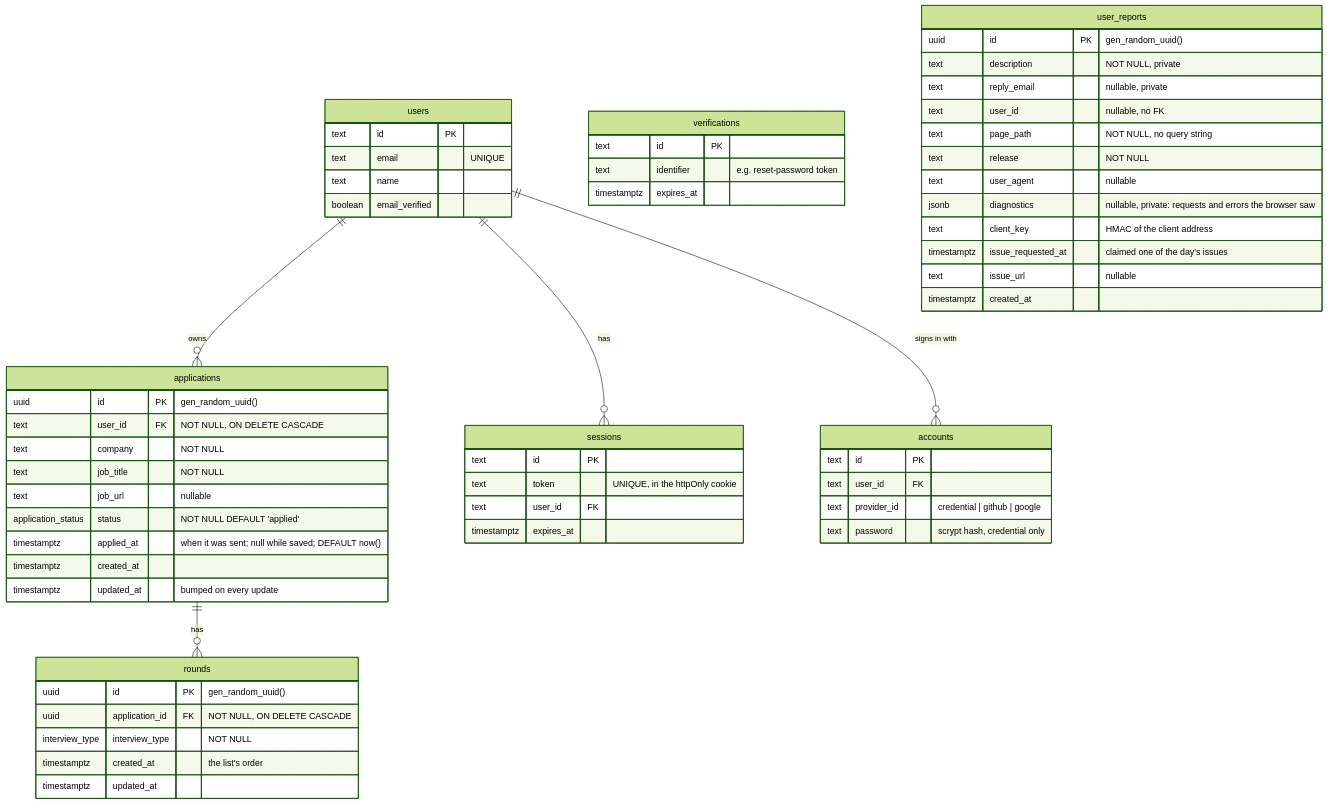
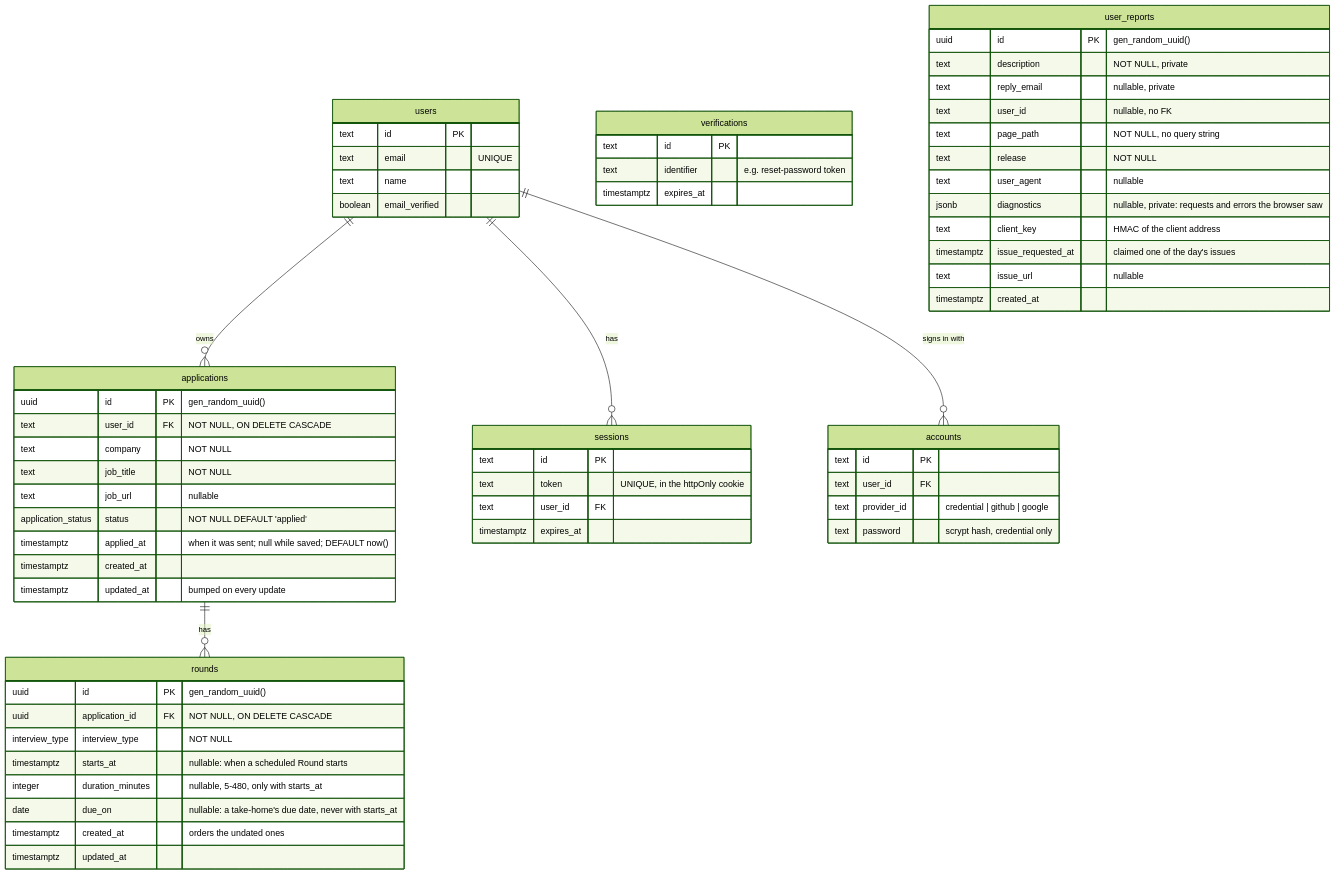
The third of 8 diagrams in docs/architecture.md (brianpatterson/roundtable), drawn with Mermaid (forest theme) before and after one commit. The commit also changed other lines of this file and 3 other files, not shown here.

````diff
--- a/docs/architecture.md
+++ b/docs/architecture.md
@@ -203,62 +207,65 @@
 ```mermaid
 erDiagram
   users ||--o{ applications : owns
   applications ||--o{ rounds : has
   users ||--o{ sessions : has
   users ||--o{ accounts : "signs in with"
   users {
     text id PK
     text email "UNIQUE"
     text name
     boolean email_verified
   }
   sessions {
     text id PK
     text token "UNIQUE, in the httpOnly cookie"
     text user_id FK
     timestamptz expires_at
   }
   accounts {
     text id PK
     text user_id FK
     text provider_id "credential | github | google"
     text password "scrypt hash, credential only"
   }
   verifications {
     text id PK
     text identifier "e.g. reset-password token"
     timestamptz expires_at
   }
   applications {
     uuid id PK "gen_random_uuid()"
     text user_id FK "NOT NULL, ON DELETE CASCADE"
     text company "NOT NULL"
     text job_title "NOT NULL"
     text job_url "nullable"
     application_status status "NOT NULL DEFAULT 'applied'"
     timestamptz applied_at "when it was sent; null while saved; DEFAULT now()"
     timestamptz created_at
     timestamptz updated_at "bumped on every update"
   }
   rounds {
     uuid id PK "gen_random_uuid()"
     uuid application_id FK "NOT NULL, ON DELETE CASCADE"
     interview_type interview_type "NOT NULL"
-    timestamptz created_at "the list's order"
+    timestamptz starts_at "nullable: when a scheduled Round starts"
+    integer duration_minutes "nullable, 5-480, only with starts_at"
+    date due_on "nullable: a take-home's due date, never with starts_at"
+    timestamptz created_at "orders the undated ones"
     timestamptz updated_at
   }
   user_reports {
     uuid id PK "gen_random_uuid()"
     text description "NOT NULL, private"
     text reply_email "nullable, private"
     text user_id "nullable, no FK"
     text page_path "NOT NULL, no query string"
     text release "NOT NULL"
     text user_agent "nullable"
     jsonb diagnostics "nullable, private: requests and errors the browser saw"
     text client_key "HMAC of the client address"
     timestamptz issue_requested_at "claimed one of the day's issues"
     text issue_url "nullable"
     timestamptz created_at
   }
 ```
````
